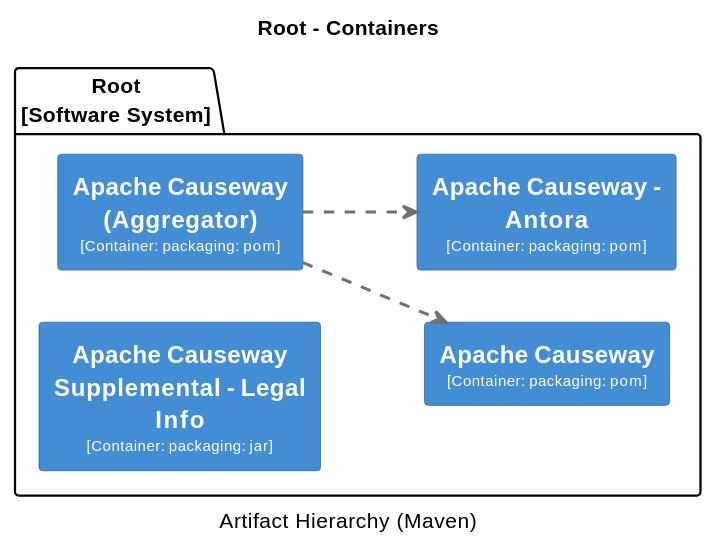
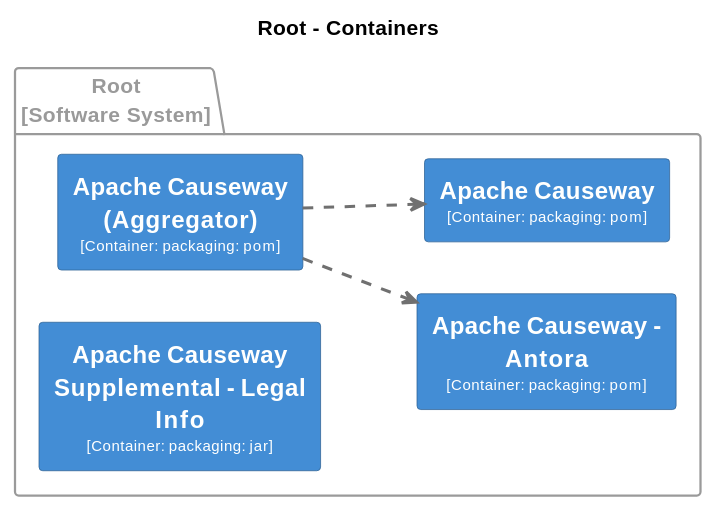
The fifth of 31 diagrams in core/adoc/modules/_overview/pages/about.adoc (apache/causeway), drawn with PlantUML before and after one commit. The commit also changed other lines of this file and 7 other files, not shown here.

```diff
--- a/core/adoc/modules/_overview/pages/about.adoc
+++ b/core/adoc/modules/_overview/pages/about.adoc
@@ -911,45 +1182,53 @@
 [plantuml,Root,svg]
 ----
-@startuml(id=Root)
+@startuml
+set separator none
 title Root - Containers
-caption Artifact Hierarchy (Maven)
+
+left to right direction
 
 skinparam {
   shadowing false
   arrowFontSize 10
   defaultTextAlignment center
   wrapWidth 200
   maxMessageSize 100
 }
+
 hide stereotype
-left to right direction
-skinparam rectangle<<2>> {
+
+skinparam rectangle<<Root.ApacheCauseway>> {
   BackgroundColor #438dd5
   FontColor #fffffe
   BorderColor #2e6295
 }
-skinparam rectangle<<3>> {
+skinparam rectangle<<Root.ApacheCausewayAggregator>> {
   BackgroundColor #438dd5
   FontColor #fffffe
   BorderColor #2e6295
 }
-skinparam rectangle<<4>> {
+skinparam rectangle<<Root.ApacheCausewayAntora>> {
   BackgroundColor #438dd5
   FontColor #fffffe
   BorderColor #2e6295
 }
-skinparam rectangle<<5>> {
+skinparam rectangle<<Root.ApacheCausewaySupplementalLegalInfo>> {
   BackgroundColor #438dd5
   FontColor #fffffe
   BorderColor #2e6295
 }
-package "Root\n[Software System]" {
-  rectangle "==Apache Causeway\n<size:10>[Container: packaging: pom]</size>" <<4>> as 4
-  rectangle "==Apache Causeway (Aggregator)\n<size:10>[Container: packaging: pom]</size>" <<2>> as 2
-  rectangle "==Apache Causeway - Antora\n<size:10>[Container: packaging: pom]</size>" <<3>> as 3
-  rectangle "==Apache Causeway Supplemental - Legal Info\n<size:10>[Container: packaging: jar]</size>" <<5>> as 5
+
+package "Root\n[Software System]" <<Root>> {
+  skinparam PackageBorderColor<<Root>> #9a9a9a
+  skinparam PackageFontColor<<Root>> #9a9a9a
+
+  rectangle "==Apache Causeway (Aggregator)\n<size:10>[Container: packaging: pom]</size>" <<Root.ApacheCausewayAggregator>> as Root.ApacheCausewayAggregator
+  rectangle "==Apache Causeway - Antora\n<size:10>[Container: packaging: pom]</size>" <<Root.ApacheCausewayAntora>> as Root.ApacheCausewayAntora
+  rectangle "==Apache Causeway\n<size:10>[Container: packaging: pom]</size>" <<Root.ApacheCauseway>> as Root.ApacheCauseway
+  rectangle "==Apache Causeway Supplemental - Legal Info\n<size:10>[Container: packaging: jar]</size>" <<Root.ApacheCausewaySupplementalLegalInfo>> as Root.ApacheCausewaySupplementalLegalInfo
 }
-2 .[#707070,thickness=2].> 4 : ""
-2 .[#707070,thickness=2].> 3 : ""
+
+Root.ApacheCausewayAggregator .[#707070,thickness=2].> Root.ApacheCausewayAntora : "<color:#707070>"
+Root.ApacheCausewayAggregator .[#707070,thickness=2].> Root.ApacheCauseway : "<color:#707070>"
 @enduml
 ----
```
